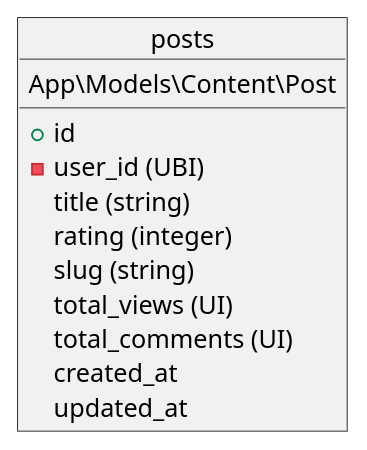
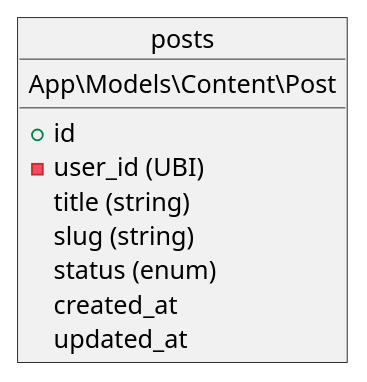
One commit to fesh-biz/7dab changed the diagram in info/database/tables/content/posts.puml. Above: the diagram before and after it, drawn with PlantUML. The commit also changed 12 other files, not shown here.

```diff
--- a/info/database/tables/content/posts.puml
+++ b/info/database/tables/content/posts.puml
@@ -1,17 +1,15 @@
 @startuml
 object posts {
     App\Models\Content\Post
     __
     + id
     - user_id (UBI)
 
     title (string)
-    rating (integer)
     slug (string)
-    total_views (UI)
-    total_comments (UI)
+    status (enum)
 
     created_at
     updated_at
 }
 @enduml
```
